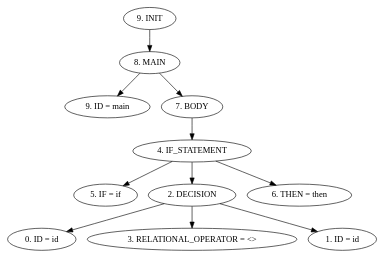
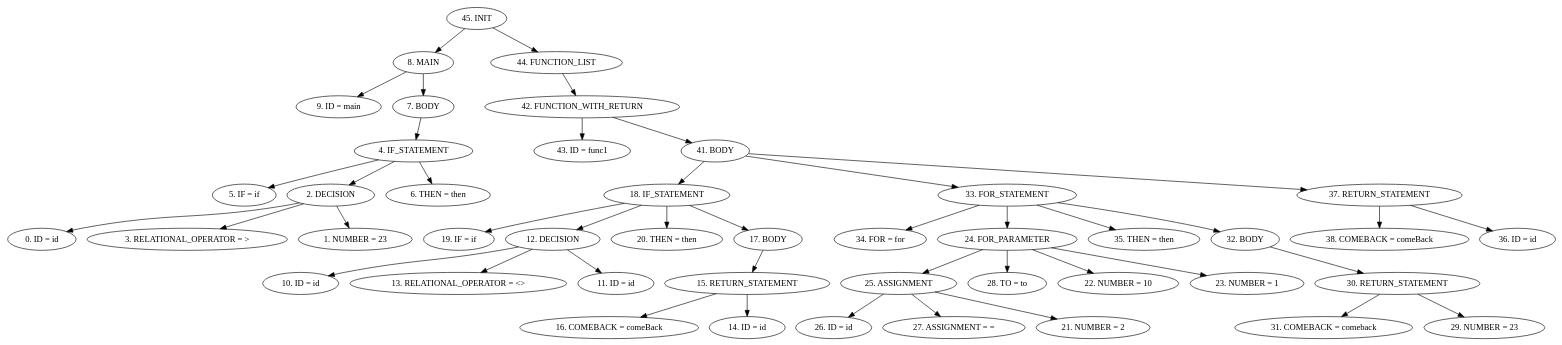
One commit to Carlosvhz/compiladores_proyecto changed the diagram in src/AST/AST.dot. Above: the diagram before and after it, drawn with Graphviz. The commit also changed 4 other files, not shown here.

```diff
--- a/src/AST/AST.dot
+++ b/src/AST/AST.dot
@@ -1,14 +1,47 @@
 digraph G {
-"9. INIT"->"8. MAIN"
+"45. INIT"->"8. MAIN"
 "8. MAIN"->"9. ID = main"
 "8. MAIN"->"7. BODY"
 "7. BODY"->"4. IF_STATEMENT"
 "4. IF_STATEMENT"->"5. IF = if"
 "4. IF_STATEMENT"->"2. DECISION"
 "2. DECISION"->"0. ID = id"
-"2. DECISION"->"3. RELATIONAL_OPERATOR = <>"
-"2. DECISION"->"1. ID = id"
+"2. DECISION"->"3. RELATIONAL_OPERATOR = >"
+"2. DECISION"->"1. NUMBER = 23"
 "4. IF_STATEMENT"->"6. THEN = then"
+"45. INIT"->"44. FUNCTION_LIST"
+"44. FUNCTION_LIST"->"42. FUNCTION_WITH_RETURN"
+"42. FUNCTION_WITH_RETURN"->"43. ID = func1"
+"42. FUNCTION_WITH_RETURN"->"41. BODY"
+"41. BODY"->"18. IF_STATEMENT"
+"18. IF_STATEMENT"->"19. IF = if"
+"18. IF_STATEMENT"->"12. DECISION"
+"12. DECISION"->"10. ID = id"
+"12. DECISION"->"13. RELATIONAL_OPERATOR = <>"
+"12. DECISION"->"11. ID = id"
+"18. IF_STATEMENT"->"20. THEN = then"
+"18. IF_STATEMENT"->"17. BODY"
+"17. BODY"->"15. RETURN_STATEMENT"
+"15. RETURN_STATEMENT"->"16. COMEBACK = comeBack"
+"15. RETURN_STATEMENT"->"14. ID = id"
+"41. BODY"->"33. FOR_STATEMENT"
+"33. FOR_STATEMENT"->"34. FOR = for"
+"33. FOR_STATEMENT"->"24. FOR_PARAMETER"
+"24. FOR_PARAMETER"->"25. ASSIGNMENT"
+"25. ASSIGNMENT"->"26. ID = id"
+"25. ASSIGNMENT"->"27. ASSIGNMENT = ="
+"25. ASSIGNMENT"->"21. NUMBER = 2"
+"24. FOR_PARAMETER"->"28. TO = to"
+"24. FOR_PARAMETER"->"22. NUMBER = 10"
+"24. FOR_PARAMETER"->"23. NUMBER = 1"
+"33. FOR_STATEMENT"->"35. THEN = then"
+"33. FOR_STATEMENT"->"32. BODY"
+"32. BODY"->"30. RETURN_STATEMENT"
+"30. RETURN_STATEMENT"->"31. COMEBACK = comeback"
+"30. RETURN_STATEMENT"->"29. NUMBER = 23"
+"41. BODY"->"37. RETURN_STATEMENT"
+"37. RETURN_STATEMENT"->"38. COMEBACK = comeBack"
+"37. RETURN_STATEMENT"->"36. ID = id"
 
 
 }
```
